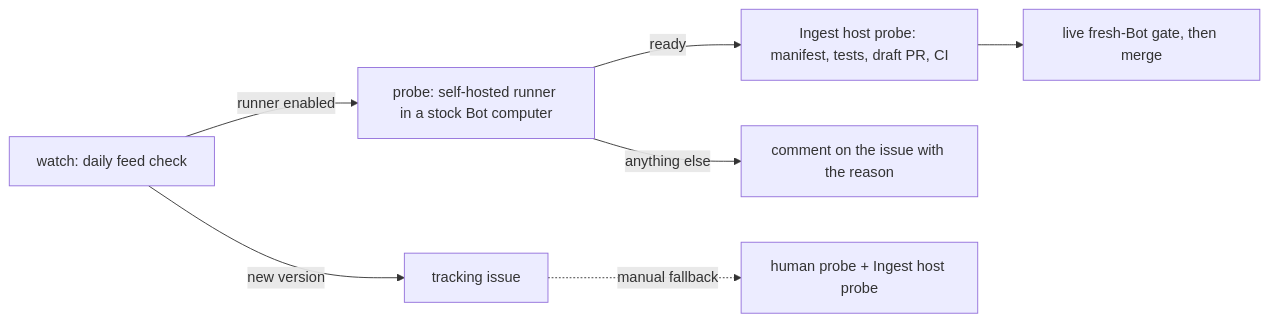
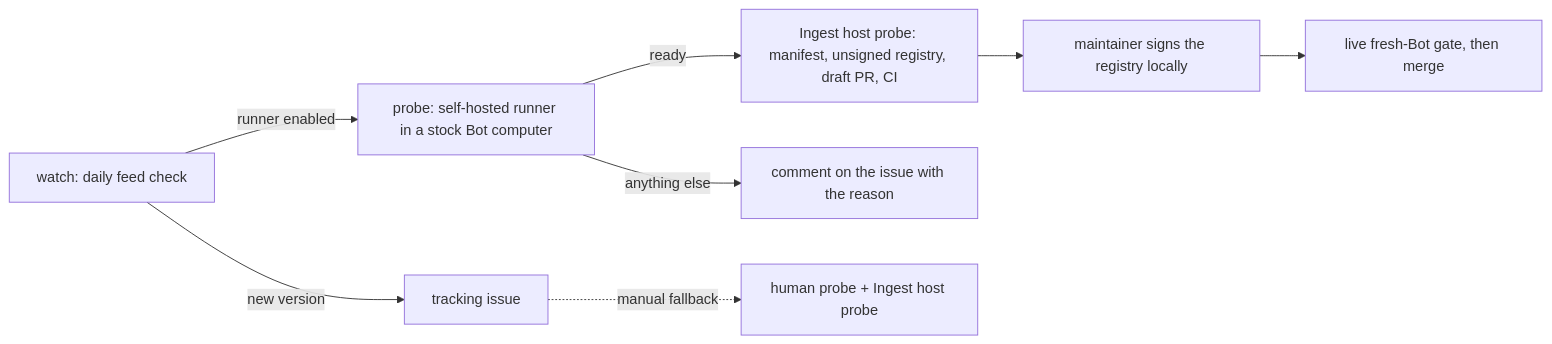
One commit to swcstudiospace/grokrouter changed the diagram in docs/VERSION-TRACKING.md. Above: the diagram before and after it, drawn with Mermaid. The commit also changed other lines of this file and 9 other files, not shown here.

````diff
--- a/docs/VERSION-TRACKING.md
+++ b/docs/VERSION-TRACKING.md
@@ -7,9 +12,10 @@
 ```mermaid
 flowchart LR
   W[watch: daily feed check] -->|new version| I[tracking issue]
   W -->|runner enabled| P[probe: self-hosted runner in a stock Bot computer]
-  P -->|ready| G[Ingest host probe: manifest, tests, draft PR, CI]
+  P -->|ready| G[Ingest host probe: manifest, unsigned registry, draft PR, CI]
   P -->|anything else| C[comment on the issue with the reason]
   I -.->|manual fallback| M[human probe + Ingest host probe]
-  G --> L[live fresh-Bot gate, then merge]
+  G --> S[maintainer signs the registry locally]
+  S --> L[live fresh-Bot gate, then merge]
 ```
````
